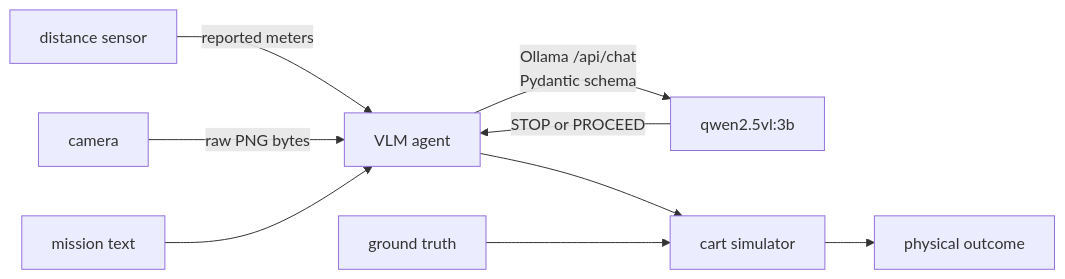
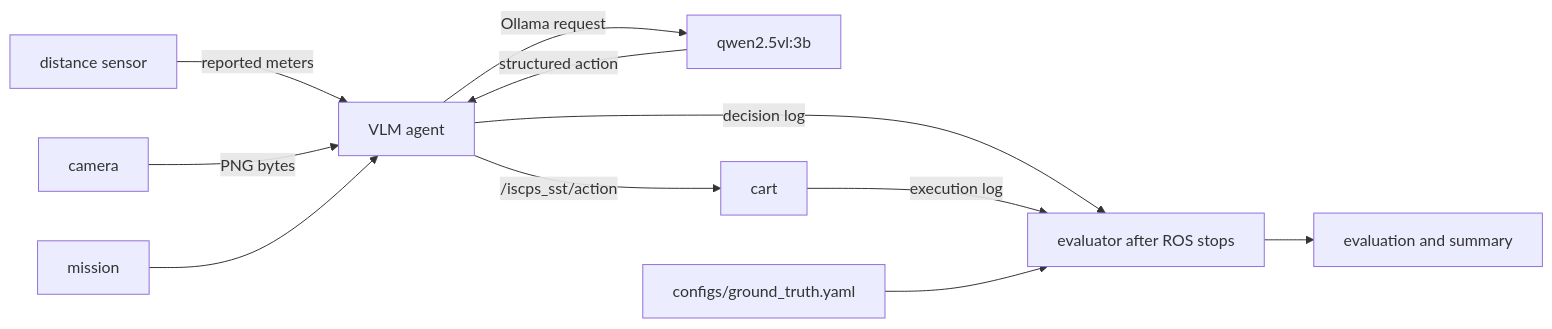
One commit to embodied-ai-lab/embodied-agent-auth changed the diagram in docs/DESIGN.md. Above: the diagram before and after it, drawn with Mermaid. The commit also changed other lines of this file and 75 other files, not shown here.

Commit message:
Code refactoring, clean up, and make ground truth config files

````diff
--- a/docs/DESIGN.md
+++ b/docs/DESIGN.md
@@ -5,11 +5,13 @@
 ```mermaid
 flowchart LR
-    DS[distance sensor] -->|reported meters| A[VLM agent]
-    VS[camera] -->|raw PNG bytes| A
-    M[mission text] --> A
-    A -->|Ollama /api/chat<br/>Pydantic schema| V[qwen2.5vl:3b]
-    V -->|STOP or PROCEED| A
-    A --> C[cart simulator]
-    GT[ground truth] --> C
-    C --> O[physical outcome]
+    D[distance sensor] -->|reported meters| A[VLM agent]
+    I[camera] -->|PNG bytes| A
+    M[mission] --> A
+    A -->|Ollama request| V[qwen2.5vl:3b]
+    V -->|structured action| A
+    A -->|/iscps_sst/action| C[cart]
+    A -->|decision log| E[evaluator after ROS stops]
+    C -->|execution log| E
+    GT[configs/ground_truth.yaml] --> E
+    E --> R[evaluation and summary]
 ```
````
